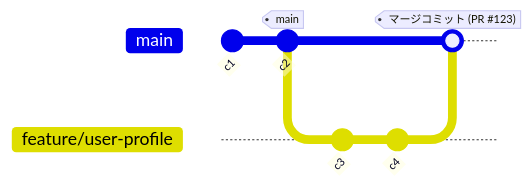
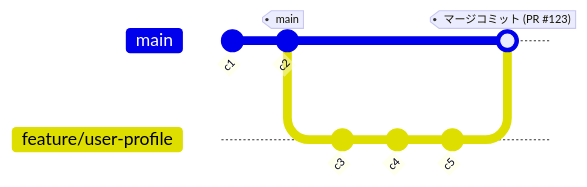
Diagram 15 of 36 in articles/git_20250824.md (suwa-sh/zenn-contents), drawn with Mermaid before and after one commit. The commit also changed other lines of this file, not shown here.

````diff
--- a/articles/git_20250824.md
+++ b/articles/git_20250824.md
@@ -392,11 +402,12 @@
 ```mermaid
 gitGraph
     commit id: "c1"
     commit id: "c2" tag: "main"
     branch feature/user-profile
     checkout feature/user-profile
     commit id: "c3"
     commit id: "c4"
+    commit id: "c5"
     checkout main
     merge feature/user-profile tag: "マージコミット (PR #123)"
 ```
````
